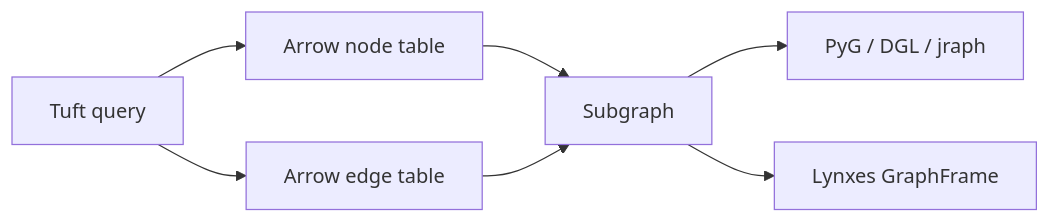
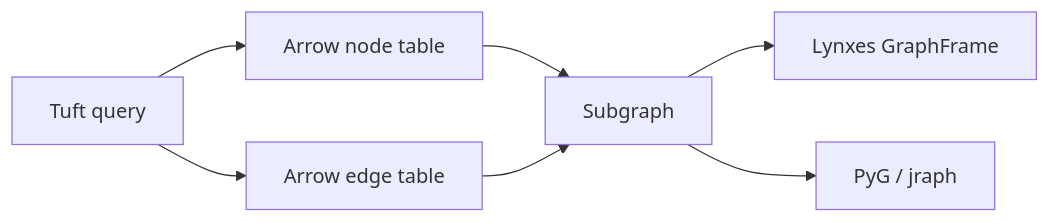
Before and after one commit to eastlighting1/CaracalDB: the diagram in docs/concepts/ml-integration.md, drawn with Mermaid. The commit also changed 28 other files, not shown here.

````diff
--- a/docs/concepts/ml-integration.md
+++ b/docs/concepts/ml-integration.md
@@ -14,9 +14,9 @@
 ```mermaid
 flowchart LR
     A["Tuft query"] --> B["Arrow node table"]
     A --> C["Arrow edge table"]
     B --> D["Subgraph"]
     C --> D
-    D --> E["PyG / DGL / jraph"]
-    D --> F["Lynxes GraphFrame"]
+    D --> E["Lynxes GraphFrame"]
+    D --> F["PyG / jraph"]
 ```
````
